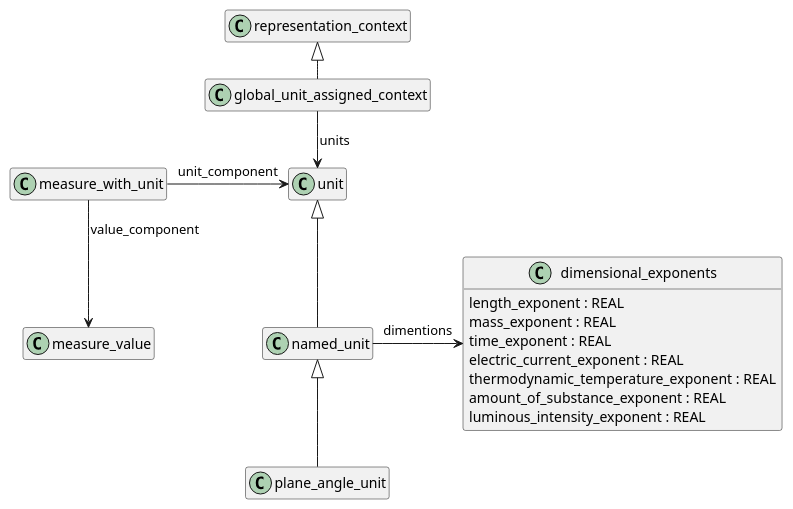
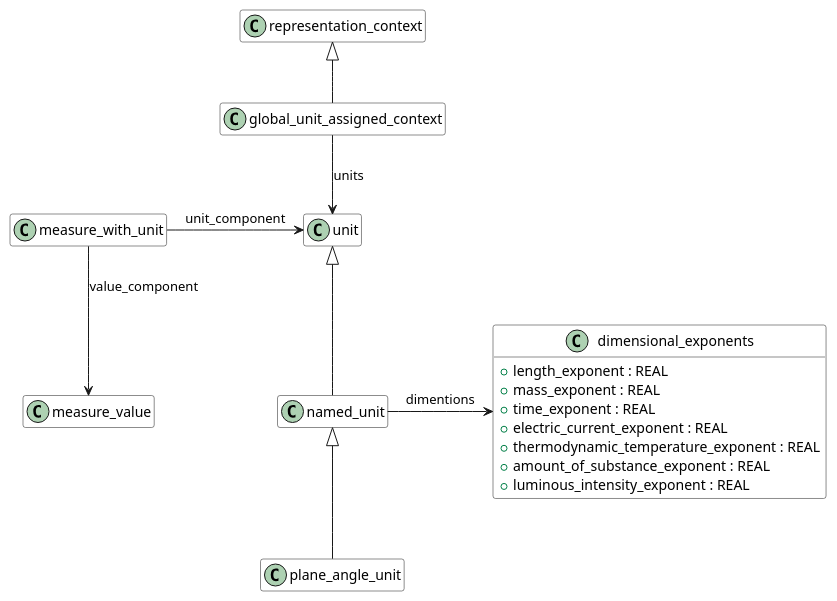
Before and after one commit to chukkaba/10303: the diagram in 002 Product/General_data/measure/source/measure.pu, drawn with PlantUML. The commit also changed 6 other files, not shown here.

```diff
--- a/002 Product/General_data/measure/source/measure.pu
+++ b/002 Product/General_data/measure/source/measure.pu
@@ -1,56 +1,53 @@
 @startuml
-!pragma layout smetana
-skinparam groupInheritance 2
+
 hide empty members
-top to bottom direction
 
-
-
-class measure_value {
+class measure_value #White {
 }
 
-class unit {
+class unit #White {
 }
 
-
-class named_unit{
-   
+class named_unit #White {
 }
 
-class dimensional_exponents {
-    length_exponent : REAL
-    mass_exponent : REAL
-    time_exponent : REAL
-    electric_current_exponent : REAL
-    thermodynamic_temperature_exponent : REAL
-    amount_of_substance_exponent : REAL
-    luminous_intensity_exponent : REAL
+class representation_context #White {   
+}
+
+class dimensional_exponents #White {
+    + length_exponent : REAL
+    + mass_exponent : REAL
+    + time_exponent : REAL
+    + electric_current_exponent : REAL
+    + thermodynamic_temperature_exponent : REAL
+    + amount_of_substance_exponent : REAL
+    + luminous_intensity_exponent : REAL
   }
 
 
 ' Сущности
-class global_unit_assigned_context {
+class global_unit_assigned_context #White {
 }
 
-class measure_with_unit {
+class measure_with_unit #White {
 }
 
-class plane_angle_unit{
+class plane_angle_unit #White {
 }
 
 ' Наследование
 global_unit_assigned_context -up-|> representation_context
 
 plane_angle_unit -up-|> named_unit
 
 named_unit -up-|> unit
 
 ' Ассоциации
 global_unit_assigned_context --> unit : units
 measure_with_unit -right-> unit : unit_component
 measure_with_unit --> measure_value : value_component
 named_unit -right-> dimensional_exponents : dimentions
 
 
 
 @enduml
```
